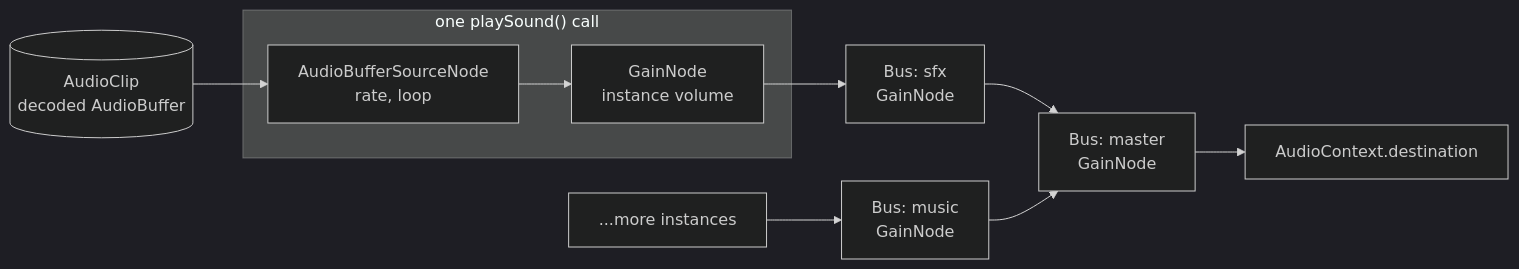
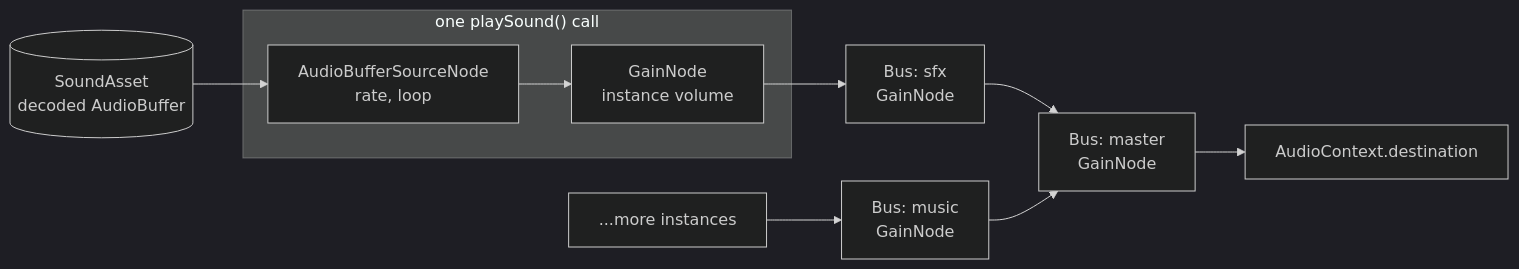
Before and after one commit to Forge-Game-Engine/Forge: the diagram in design/audio-mixer.md, drawn with Mermaid (dark theme). The commit also changed other lines of this file and 23 other files, not shown here.

````diff
--- a/design/audio-mixer.md
+++ b/design/audio-mixer.md
@@ -177,13 +189,13 @@
 ```mermaid
 flowchart LR
-  clip[(AudioClip<br/>decoded AudioBuffer)]
+  asset[(SoundAsset<br/>decoded AudioBuffer)]
   subgraph instance["one playSound() call"]
     src[AudioBufferSourceNode<br/>rate, loop] --> ig[GainNode<br/>instance volume]
   end
-  clip --> src
+  asset --> src
   ig --> sfx[Bus: sfx<br/>GainNode]
   ig2[...more instances] --> music[Bus: music<br/>GainNode]
   sfx --> master[Bus: master<br/>GainNode]
   music --> master
   master --> dest[AudioContext.destination]
 ```
````
